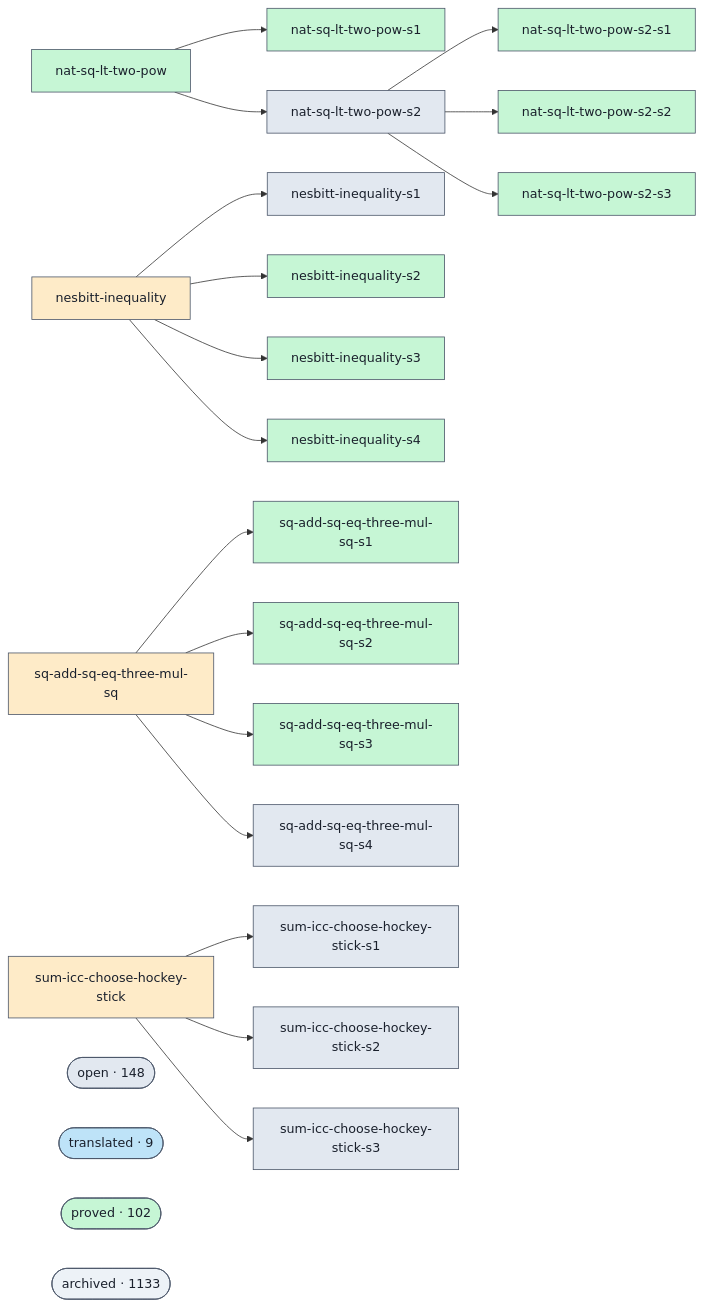
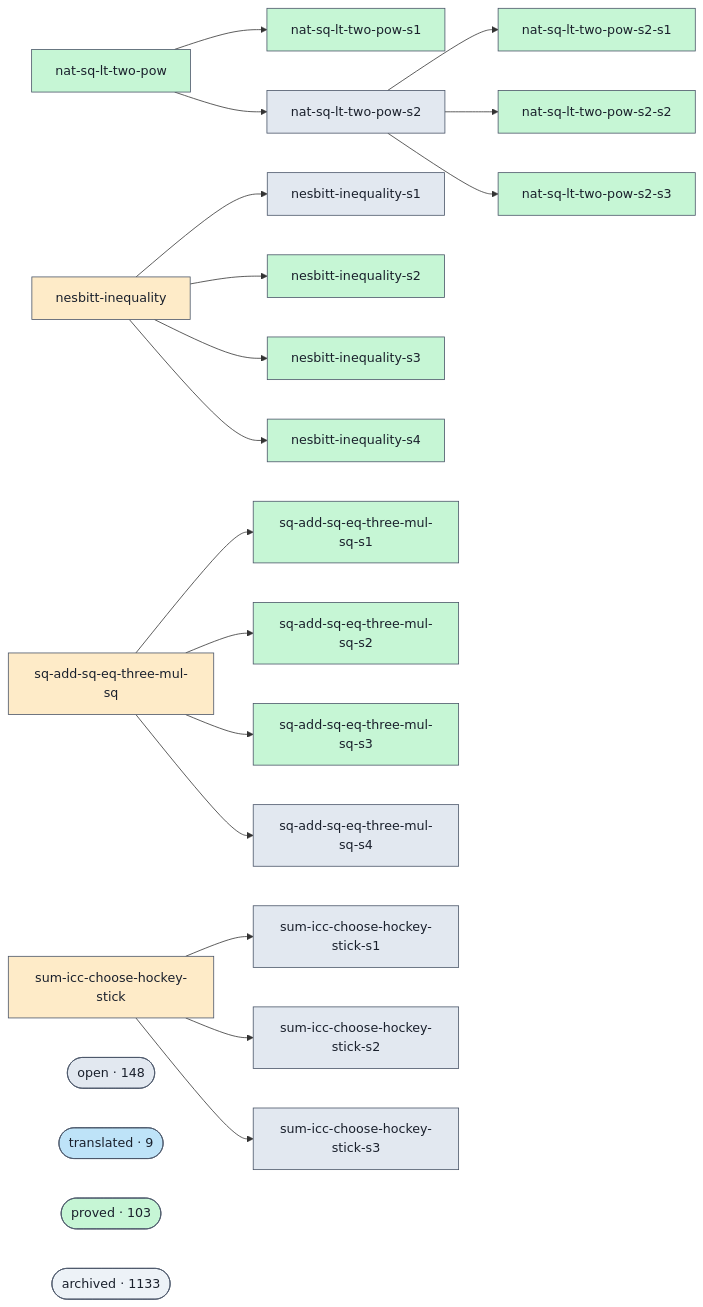
The diagram in docs/proofs-contributors-visualisation.md (ohdearquant/unsorry), drawn with Mermaid before and after one commit. The commit also changed other lines of this file and 2 other files, not shown here.

```diff
--- a/docs/proofs-contributors-visualisation.md
+++ b/docs/proofs-contributors-visualisation.md
@@ -102,7 +102,7 @@
   class cluster_open open;
   cluster_translated(["translated · 9"])
   class cluster_translated translated;
-  cluster_proved(["proved · 102"])
+  cluster_proved(["proved · 103"])
   class cluster_proved proved;
   cluster_archived(["archived · 1133"])
   class cluster_archived unknown;
```
